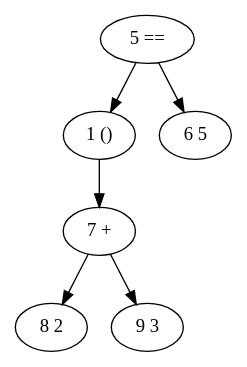
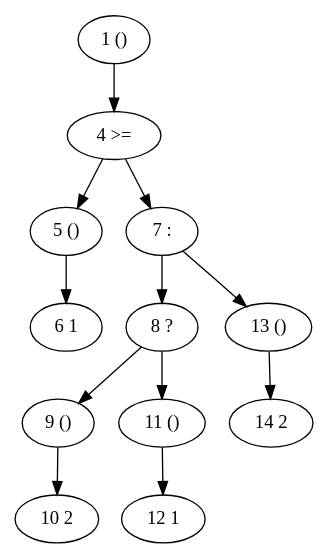
Before and after one commit to Thewbi/stm8_asm: the diagram in preprocessor_tree.dot, drawn with Graphviz. The commit also changed 29 other files, not shown here.

```diff
--- a/preprocessor_tree.dot
+++ b/preprocessor_tree.dot
@@ -1,13 +1,25 @@
 digraph {
-5 [label="5 =="]
 1 [label="1 ()"]
-7 [label="7 +"]
-8 [label="8 2"]
+4 [label="4 >="]
+5 [label="5 ()"]
+6 [label="6 1"]
+5 -> 6
+4 -> 5
+7 [label="7 :"]
+8 [label="8 ?"]
+9 [label="9 ()"]
+10 [label="10 2"]
+9 -> 10
+8 -> 9
+11 [label="11 ()"]
+12 [label="12 1"]
+11 -> 12
+8 -> 11
 7 -> 8
-9 [label="9 3"]
-7 -> 9
-1 -> 7
-5 -> 1
-6 [label="6 5"]
-5 -> 6
+13 [label="13 ()"]
+14 [label="14 2"]
+13 -> 14
+7 -> 13
+4 -> 7
+1 -> 4
 }
```
